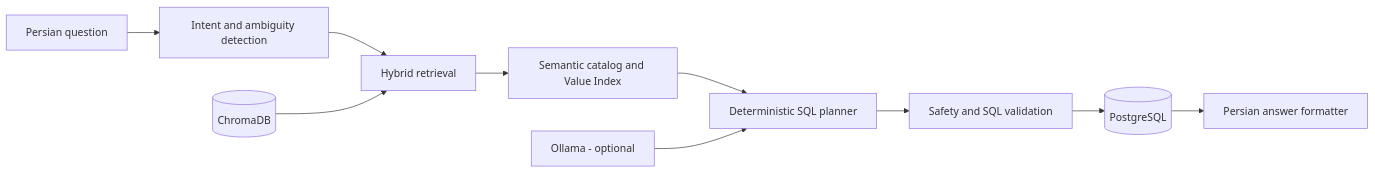
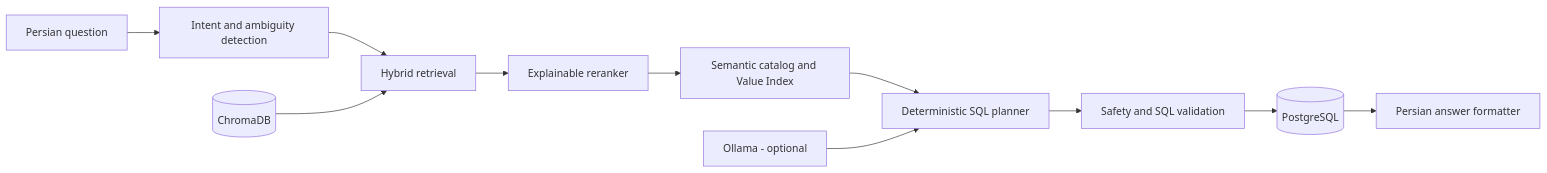
The diagram in README.md (amirrhh123/persian-ai-data-analyst), drawn with Mermaid before and after one commit. The commit also changed other lines of this file and 6 other files, not shown here.

Commit message:
Add explainable retrieval reranker

````diff
--- a/README.md
+++ b/README.md
@@ -34,12 +35,13 @@
 ```mermaid
 flowchart LR
     U["Persian question"] --> I["Intent and ambiguity detection"]
     I --> R["Hybrid retrieval"]
-    R --> S["Semantic catalog and Value Index"]
+    R --> RR["Explainable reranker"]
+    RR --> S["Semantic catalog and Value Index"]
     S --> P["Deterministic SQL planner"]
     P --> V["Safety and SQL validation"]
     V --> DB[(PostgreSQL)]
     DB --> A["Persian answer formatter"]
     C[(ChromaDB)] --> R
     O["Ollama - optional"] --> P
 ```
````
